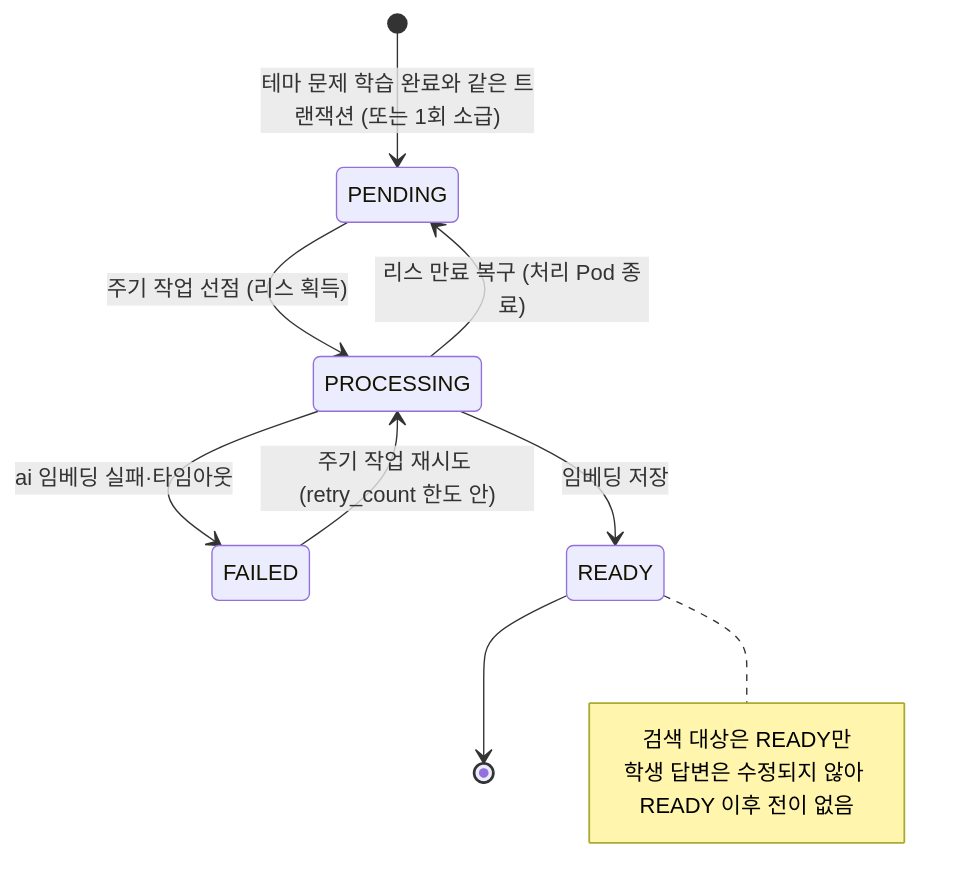
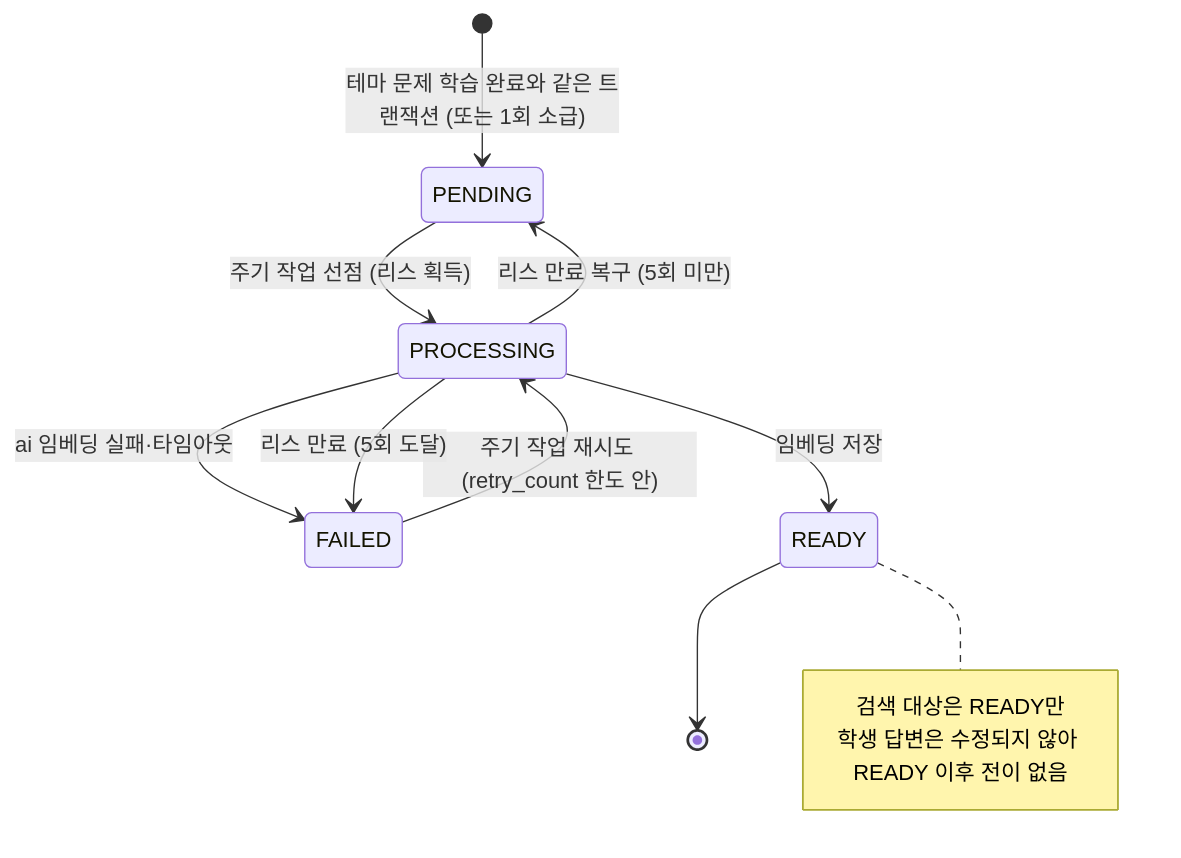
One commit to SKNETWORKS-FAMILY-AICAMP/SKN34-FINAL-3TEAM changed diagram 15 of 27 in docs/design/state-diagram.md. Above: the diagram before and after it, drawn with Mermaid. The commit also changed other lines of this file and 24 other files, not shown here.

````diff
--- a/docs/design/state-diagram.md
+++ b/docs/design/state-diagram.md
@@ -423,14 +423,15 @@
 ```mermaid
 stateDiagram-v2
   [*] --> PENDING: 테마 문제 학습 완료와 같은 트랜잭션 (또는 1회 소급)
   PENDING --> PROCESSING: 주기 작업 선점 (리스 획득)
   FAILED --> PROCESSING: 주기 작업 재시도 (retry_count 한도 안)
   PROCESSING --> READY: 임베딩 저장
   PROCESSING --> FAILED: ai 임베딩 실패·타임아웃
-  PROCESSING --> PENDING: 리스 만료 복구 (처리 Pod 종료)
+  PROCESSING --> PENDING: 리스 만료 복구 (5회 미만)
+  PROCESSING --> FAILED: 리스 만료 (5회 도달)
   READY --> [*]
   note right of READY
     검색 대상은 READY만
     학생 답변은 수정되지 않아 READY 이후 전이 없음
   end note
 ```
````
